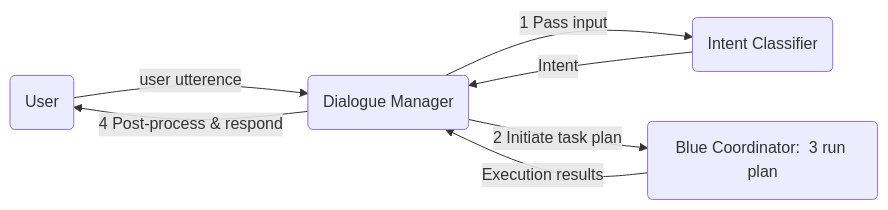
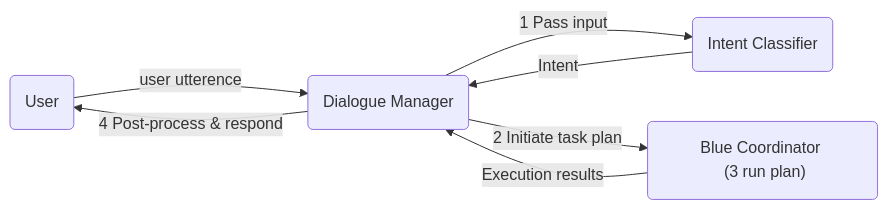
Before and after one commit to megagonlabs/blue-examples: the diagram in agents/dialogue_manager/src/README.md, drawn with Mermaid. The commit also changed other lines of this file, not shown here.

````diff
--- a/agents/dialogue_manager/src/README.md
+++ b/agents/dialogue_manager/src/README.md
@@ -22,9 +22,9 @@
 ```mermaid
 graph LR;
     A(User) -->|user utterence| B(Dialogue Manager);
     B -->|1 Pass input| C(Intent Classifier);
     C -->|Intent | B;
-    B -->|2 Initiate task plan| D(Blue Coordinator:  3 run plan);
+    B -->|2 Initiate task plan| D(Blue Coordinator #10; #40;3 run plan#41;);
     D -->|Execution results| B;
     B -->|4 Post-process & respond| A;
 ```
````
